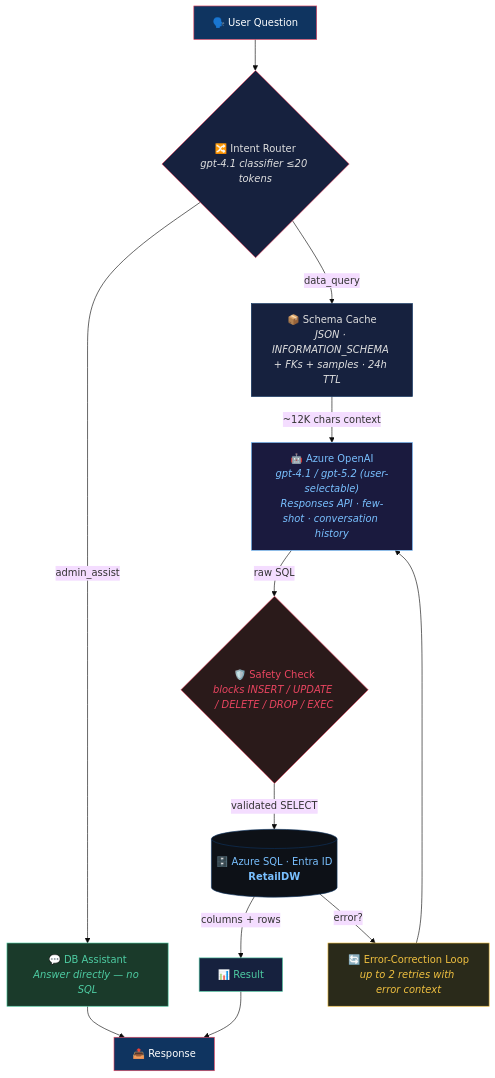
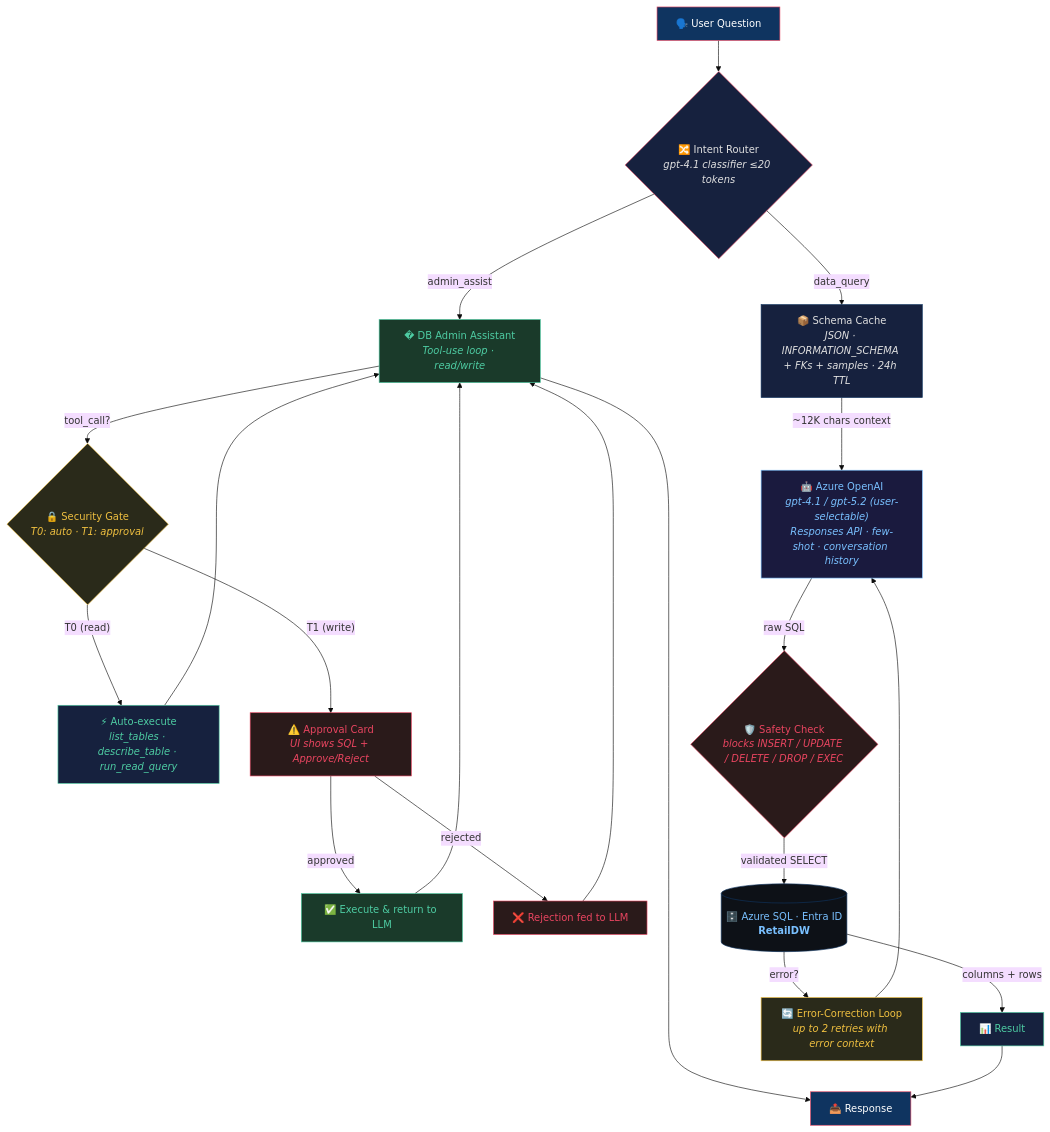
The first of 4 diagrams in nl2sql_next/README.md (Arturo-Quiroga-MSFT/AQ-NEW-NL2SQL), drawn with Mermaid (base theme) before and after one commit. The commit also changed other lines of this file and 1 other file, not shown here.

Commit message:
docs: add containerization, ACA deployment, and obstacle-fix sections to README; update AGENT_ARCHITECTURE with Phase 1-3 completion status and deployment notes

````diff
--- a/nl2sql_next/README.md
+++ b/nl2sql_next/README.md
@@ -24,31 +31,45 @@
 ```mermaid
 flowchart TD
     A["🗣️ User Question"] --> B{"🔀 Intent Router<br/><i>gpt-4.1 classifier ≤20 tokens</i>"}
 
-    B -- "admin_assist" --> C["💬 DB Assistant<br/><i>Answer directly — no SQL</i>"]
+    B -- "admin_assist" --> C["�️ DB Admin Assistant<br/><i>Tool-use loop · read/write</i>"]
     B -- "data_query" --> D["📦 Schema Cache<br/><i>JSON · INFORMATION_SCHEMA + FKs + samples · 24h TTL</i>"]
+
+    C -- "tool_call?" --> T{"🔒 Security Gate<br/><i>T0: auto · T1: approval</i>"}
+    T -- "T0 (read)" --> TA["⚡ Auto-execute<br/><i>list_tables · describe_table · run_read_query</i>"]
+    T -- "T1 (write)" --> TB["⚠️ Approval Card<br/><i>UI shows SQL + Approve/Reject</i>"]
+    TA --> C
+    TB -- "approved" --> TC["✅ Execute & return to LLM"]
+    TB -- "rejected" --> TD["❌ Rejection fed to LLM"]
+    TC --> C
+    TD --> C
 
     D -- "~12K chars context" --> E["🤖 Azure OpenAI<br/><i>gpt-4.1 / gpt-5.2 (user-selectable)</i><br/><i>Responses API · few-shot · conversation history</i>"]
 
     E -- "raw SQL" --> F{"🛡️ Safety Check<br/><i>blocks INSERT / UPDATE / DELETE / DROP / EXEC</i>"}
 
     F -- "validated SELECT" --> G[("🗄️ Azure SQL · Entra ID<br/><b>RetailDW</b>")]
 
     G -- "columns + rows" --> H["📊 Result"]
     G -- "error?" --> I["🔄 Error-Correction Loop<br/><i>up to 2 retries with error context</i>"]
     I --> E
 
     C --> J["📤 Response"]
     H --> J
 
     style A fill:#0f3460,stroke:#e94560,color:#fff
     style B fill:#16213e,stroke:#e94560,color:#e0e0e0
     style C fill:#1a3a2a,stroke:#4ecca3,color:#4ecca3
+    style T fill:#2a2a1a,stroke:#f0c040,color:#f0c040
+    style TA fill:#16213e,stroke:#4ecca3,color:#4ecca3
+    style TB fill:#2a1a1a,stroke:#e94560,color:#e94560
+    style TC fill:#1a3a2a,stroke:#4ecca3,color:#4ecca3
+    style TD fill:#2a1a1a,stroke:#e94560,color:#e94560
     style D fill:#16213e,stroke:#0f3460,color:#e0e0e0
     style E fill:#1a1a3e,stroke:#79c0ff,color:#79c0ff
     style F fill:#2a1a1a,stroke:#e94560,color:#e94560
     style G fill:#0d1117,stroke:#0f3460,color:#79c0ff
     style H fill:#16213e,stroke:#4ecca3,color:#4ecca3
     style I fill:#2a2a1a,stroke:#f0c040,color:#f0c040
     style J fill:#0f3460,stroke:#e94560,color:#fff
 ```
````
